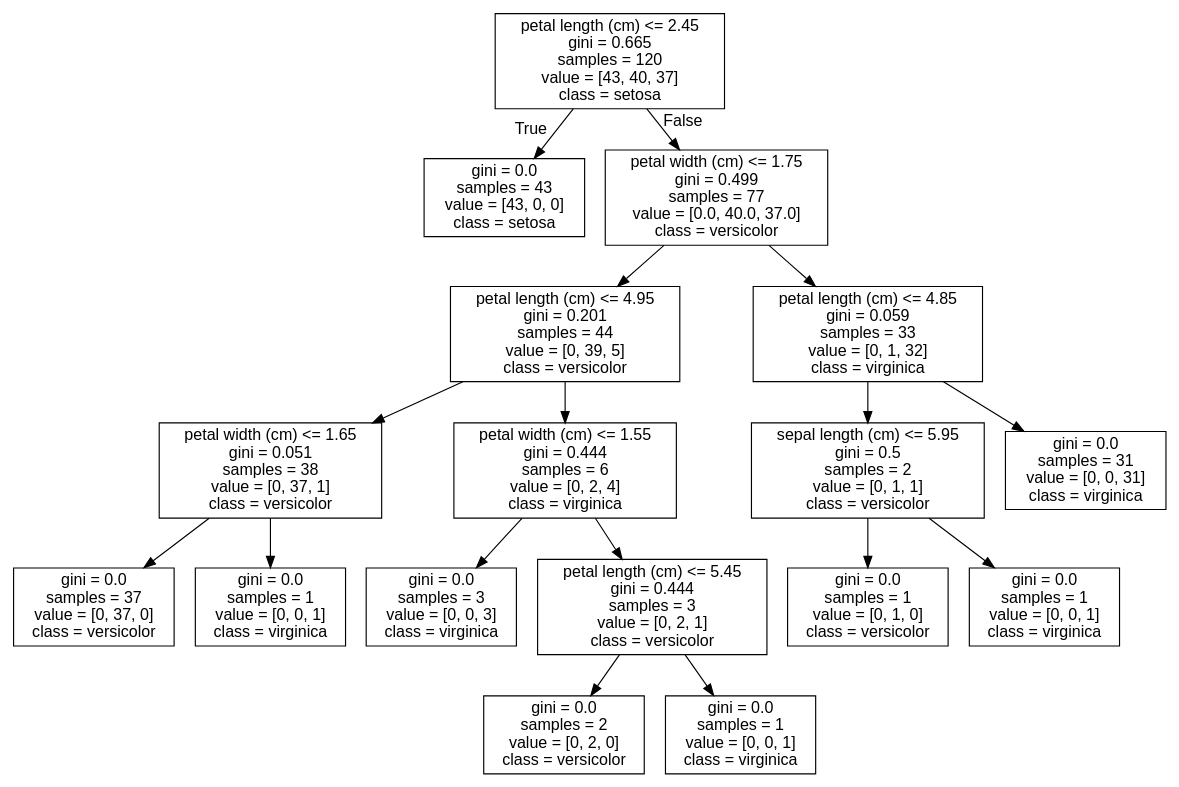
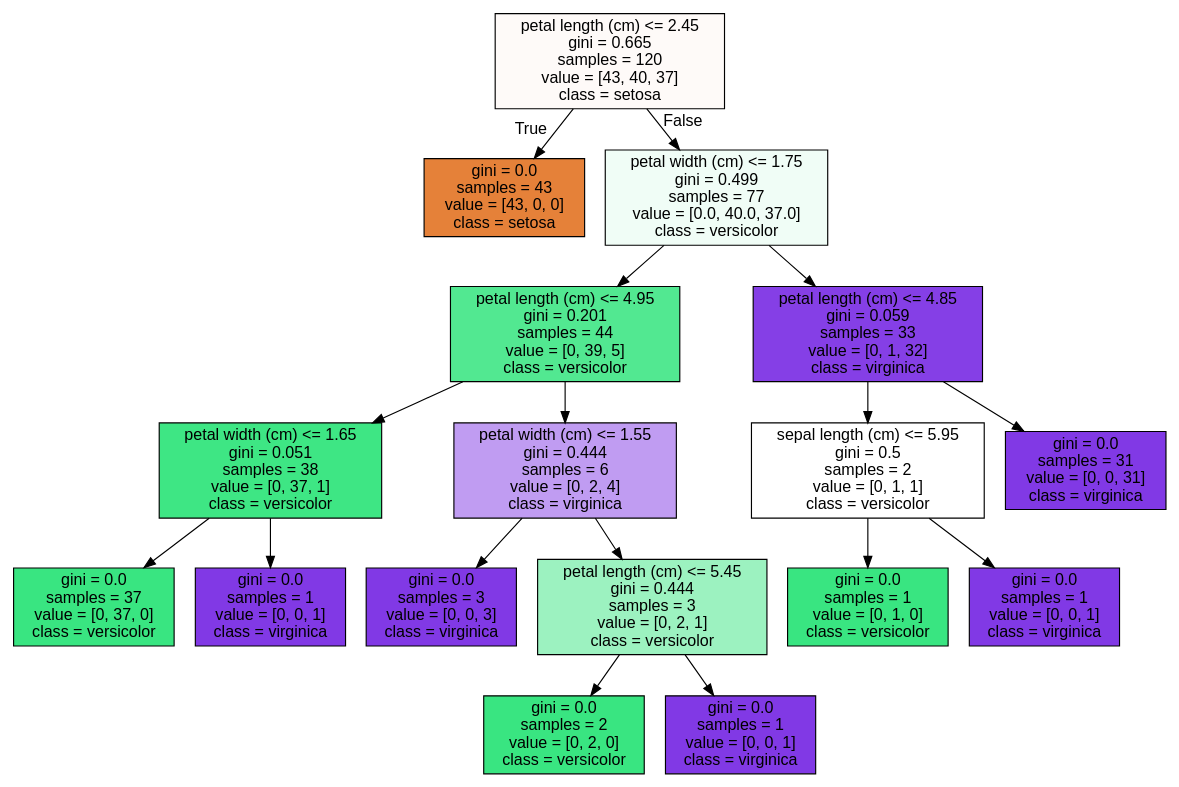
The diagram in 2024/ML/output.dot (kimsierra/vscode), drawn with Graphviz before and after one commit. The commit also changed 6 other files, not shown here.

```diff
--- a/2024/ML/output.dot
+++ b/2024/ML/output.dot
@@ -1,37 +1,37 @@
 digraph Tree {
-node [shape=box, fontname="helvetica"] ;
+node [shape=box, style="filled", color="black", fontname="helvetica"] ;
 edge [fontname="helvetica"] ;
-0 [label="petal length (cm) <= 2.45\ngini = 0.665\nsamples = 120\nvalue = [43, 40, 37]\nclass = setosa"] ;
-1 [label="gini = 0.0\nsamples = 43\nvalue = [43, 0, 0]\nclass = setosa"] ;
+0 [label="petal length (cm) <= 2.45\ngini = 0.665\nsamples = 120\nvalue = [43, 40, 37]\nclass = setosa", fillcolor="#fefaf8"] ;
+1 [label="gini = 0.0\nsamples = 43\nvalue = [43, 0, 0]\nclass = setosa", fillcolor="#e58139"] ;
 0 -> 1 [labeldistance=2.5, labelangle=45, headlabel="True"] ;
-2 [label="petal width (cm) <= 1.75\ngini = 0.499\nsamples = 77\nvalue = [0.0, 40.0, 37.0]\nclass = versicolor"] ;
+2 [label="petal width (cm) <= 1.75\ngini = 0.499\nsamples = 77\nvalue = [0.0, 40.0, 37.0]\nclass = versicolor", fillcolor="#f0fdf6"] ;
 0 -> 2 [labeldistance=2.5, labelangle=-45, headlabel="False"] ;
-3 [label="petal length (cm) <= 4.95\ngini = 0.201\nsamples = 44\nvalue = [0, 39, 5]\nclass = versicolor"] ;
+3 [label="petal length (cm) <= 4.95\ngini = 0.201\nsamples = 44\nvalue = [0, 39, 5]\nclass = versicolor", fillcolor="#52e891"] ;
 2 -> 3 ;
-4 [label="petal width (cm) <= 1.65\ngini = 0.051\nsamples = 38\nvalue = [0, 37, 1]\nclass = versicolor"] ;
+4 [label="petal width (cm) <= 1.65\ngini = 0.051\nsamples = 38\nvalue = [0, 37, 1]\nclass = versicolor", fillcolor="#3ee684"] ;
 3 -> 4 ;
-5 [label="gini = 0.0\nsamples = 37\nvalue = [0, 37, 0]\nclass = versicolor"] ;
+5 [label="gini = 0.0\nsamples = 37\nvalue = [0, 37, 0]\nclass = versicolor", fillcolor="#39e581"] ;
 4 -> 5 ;
-6 [label="gini = 0.0\nsamples = 1\nvalue = [0, 0, 1]\nclass = virginica"] ;
+6 [label="gini = 0.0\nsamples = 1\nvalue = [0, 0, 1]\nclass = virginica", fillcolor="#8139e5"] ;
 4 -> 6 ;
-7 [label="petal width (cm) <= 1.55\ngini = 0.444\nsamples = 6\nvalue = [0, 2, 4]\nclass = virginica"] ;
+7 [label="petal width (cm) <= 1.55\ngini = 0.444\nsamples = 6\nvalue = [0, 2, 4]\nclass = virginica", fillcolor="#c09cf2"] ;
 3 -> 7 ;
-8 [label="gini = 0.0\nsamples = 3\nvalue = [0, 0, 3]\nclass = virginica"] ;
+8 [label="gini = 0.0\nsamples = 3\nvalue = [0, 0, 3]\nclass = virginica", fillcolor="#8139e5"] ;
 7 -> 8 ;
-9 [label="petal length (cm) <= 5.45\ngini = 0.444\nsamples = 3\nvalue = [0, 2, 1]\nclass = versicolor"] ;
+9 [label="petal length (cm) <= 5.45\ngini = 0.444\nsamples = 3\nvalue = [0, 2, 1]\nclass = versicolor", fillcolor="#9cf2c0"] ;
 7 -> 9 ;
-10 [label="gini = 0.0\nsamples = 2\nvalue = [0, 2, 0]\nclass = versicolor"] ;
+10 [label="gini = 0.0\nsamples = 2\nvalue = [0, 2, 0]\nclass = versicolor", fillcolor="#39e581"] ;
 9 -> 10 ;
-11 [label="gini = 0.0\nsamples = 1\nvalue = [0, 0, 1]\nclass = virginica"] ;
+11 [label="gini = 0.0\nsamples = 1\nvalue = [0, 0, 1]\nclass = virginica", fillcolor="#8139e5"] ;
 9 -> 11 ;
-12 [label="petal length (cm) <= 4.85\ngini = 0.059\nsamples = 33\nvalue = [0, 1, 32]\nclass = virginica"] ;
+12 [label="petal length (cm) <= 4.85\ngini = 0.059\nsamples = 33\nvalue = [0, 1, 32]\nclass = virginica", fillcolor="#853fe6"] ;
 2 -> 12 ;
-13 [label="sepal length (cm) <= 5.95\ngini = 0.5\nsamples = 2\nvalue = [0, 1, 1]\nclass = versicolor"] ;
+13 [label="sepal length (cm) <= 5.95\ngini = 0.5\nsamples = 2\nvalue = [0, 1, 1]\nclass = versicolor", fillcolor="#ffffff"] ;
 12 -> 13 ;
-14 [label="gini = 0.0\nsamples = 1\nvalue = [0, 1, 0]\nclass = versicolor"] ;
+14 [label="gini = 0.0\nsamples = 1\nvalue = [0, 1, 0]\nclass = versicolor", fillcolor="#39e581"] ;
 13 -> 14 ;
-15 [label="gini = 0.0\nsamples = 1\nvalue = [0, 0, 1]\nclass = virginica"] ;
+15 [label="gini = 0.0\nsamples = 1\nvalue = [0, 0, 1]\nclass = virginica", fillcolor="#8139e5"] ;
 13 -> 15 ;
-16 [label="gini = 0.0\nsamples = 31\nvalue = [0, 0, 31]\nclass = virginica"] ;
+16 [label="gini = 0.0\nsamples = 31\nvalue = [0, 0, 31]\nclass = virginica", fillcolor="#8139e5"] ;
 12 -> 16 ;
 }
```
